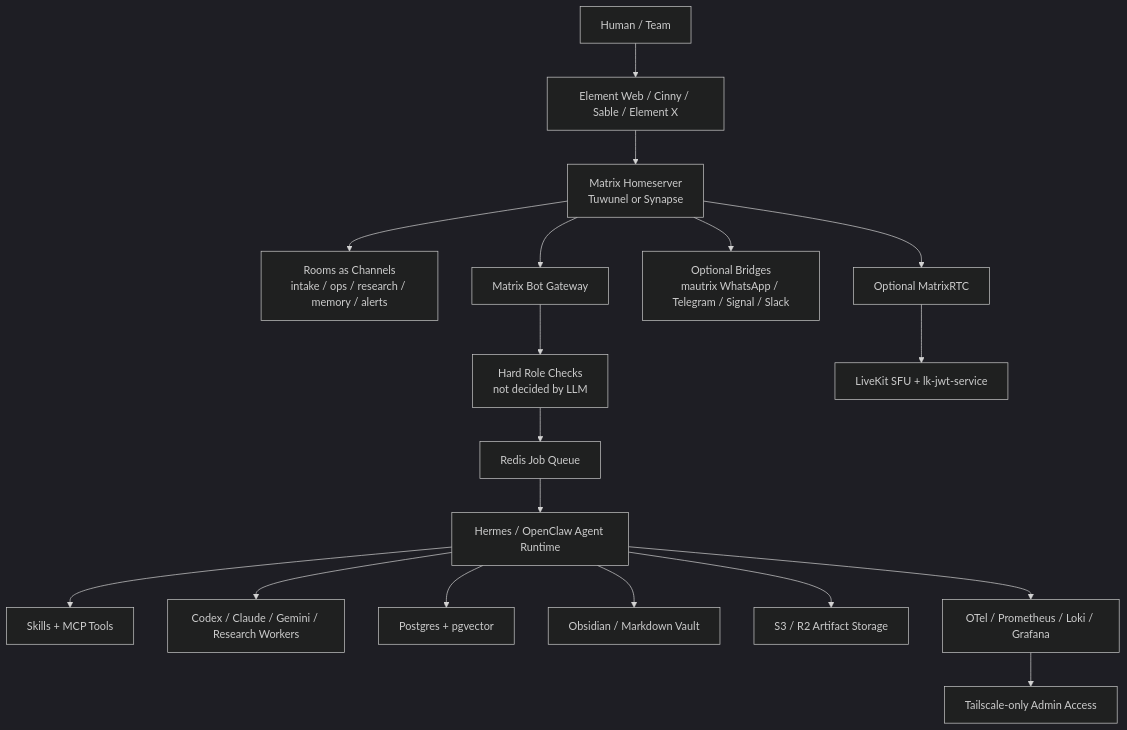
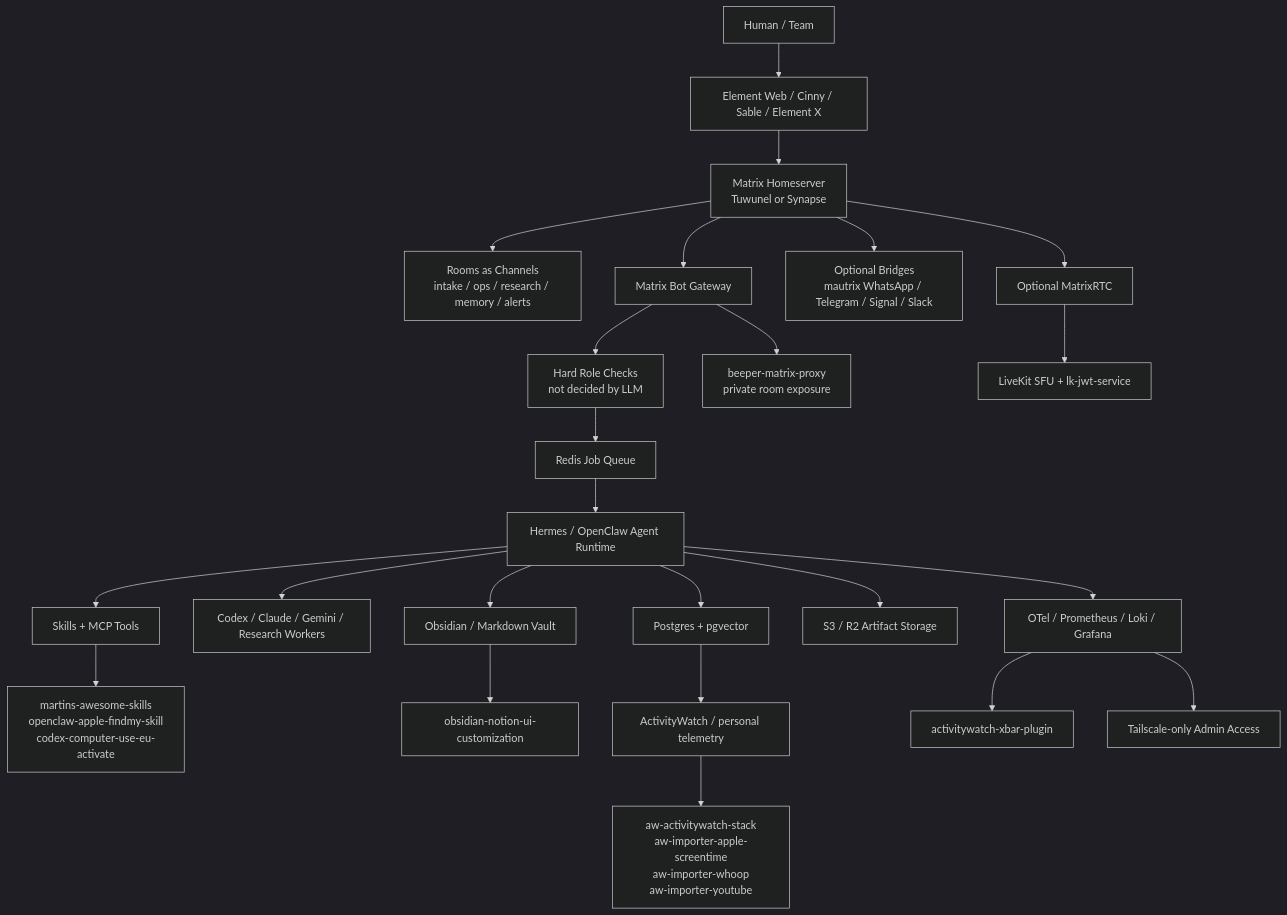
One commit to Martin-Hausleitner/credo changed the first of 2 diagrams in README.md. Above: the diagram before and after it, drawn with Mermaid (dark theme). The commit also changed other lines of this file and 1 other file, not shown here.

Commit message:
docs: add stack package and repo inventory

````diff
--- a/README.md
+++ b/README.md
@@ -40,25 +116,31 @@
 ```mermaid
 flowchart TB
   User["Human / Team"] --> Client["Element Web / Cinny / Sable / Element X"]
   Client --> Matrix["Matrix Homeserver<br/>Tuwunel or Synapse"]
 
   Matrix --> Rooms["Rooms as Channels<br/>intake / ops / research / memory / alerts"]
   Matrix --> Bot["Matrix Bot Gateway"]
 
   Bot --> Authz["Hard Role Checks<br/>not decided by LLM"]
   Authz --> Queue["Redis Job Queue"]
   Queue --> Hermes["Hermes / OpenClaw Agent Runtime"]
+  Bot --> BeeperProxy["beeper-matrix-proxy<br/>private room exposure"]
 
   Hermes --> Skills["Skills + MCP Tools"]
+  Skills --> SkillsRepo["martins-awesome-skills<br/>openclaw-apple-findmy-skill<br/>codex-computer-use-eu-activate"]
   Hermes --> Workers["Codex / Claude / Gemini / Research Workers"]
   Hermes --> Memory["Postgres + pgvector"]
   Hermes --> Vault["Obsidian / Markdown Vault"]
+  Vault --> ObsidianRepo["obsidian-notion-ui-customization"]
   Hermes --> Artifacts["S3 / R2 Artifact Storage"]
 
   Matrix --> Bridges["Optional Bridges<br/>mautrix WhatsApp / Telegram / Signal / Slack"]
   Matrix --> RTC["Optional MatrixRTC"]
   RTC --> LiveKit["LiveKit SFU + lk-jwt-service"]
 
+  Memory --> ActivityWatch["ActivityWatch / personal telemetry"]
+  ActivityWatch --> Importers["aw-activitywatch-stack<br/>aw-importer-apple-screentime<br/>aw-importer-whoop<br/>aw-importer-youtube"]
   Hermes --> Observability["OTel / Prometheus / Loki / Grafana"]
+  Observability --> Menubar["activitywatch-xbar-plugin"]
   Observability --> Tailscale["Tailscale-only Admin Access"]
 ```
````
